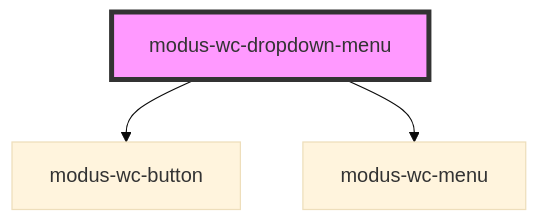
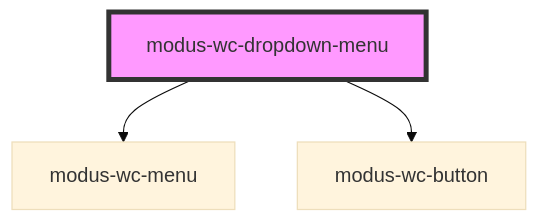
One commit to trimble-oss/modus-wc-2.0 changed the diagram in src/components/modus-wc-dropdown-menu/readme.md. Above: the diagram before and after it, drawn with Mermaid (base theme). The commit also changed other lines of this file and 3 other files, not shown here.

````diff
--- a/src/components/modus-wc-dropdown-menu/readme.md
+++ b/src/components/modus-wc-dropdown-menu/readme.md
@@ -46,6 +46,6 @@
 ```mermaid
 graph TD;
+  modus-wc-dropdown-menu --> modus-wc-menu
   modus-wc-dropdown-menu --> modus-wc-button
-  modus-wc-dropdown-menu --> modus-wc-menu
   style modus-wc-dropdown-menu fill:#f9f,stroke:#333,stroke-width:4px
 ```
````
